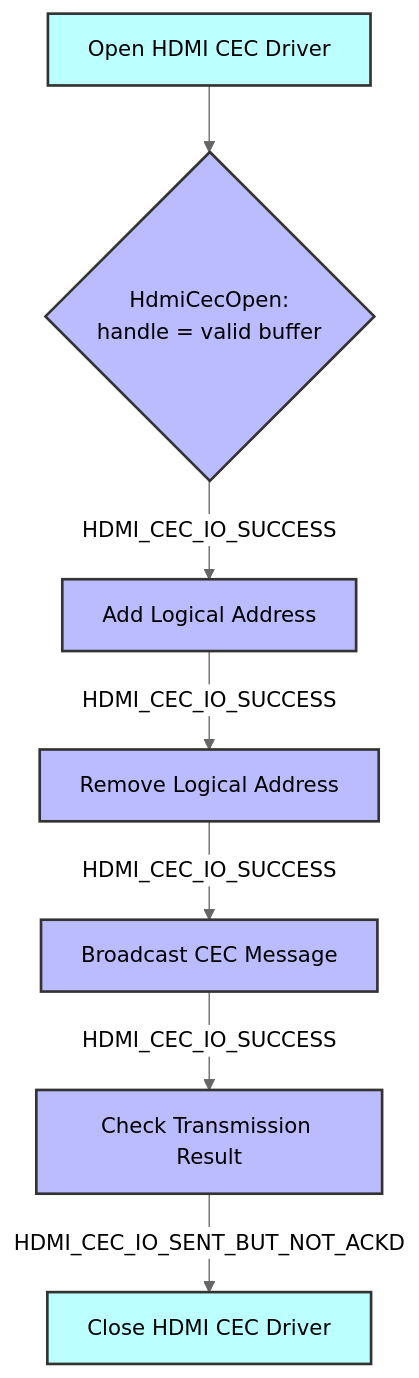
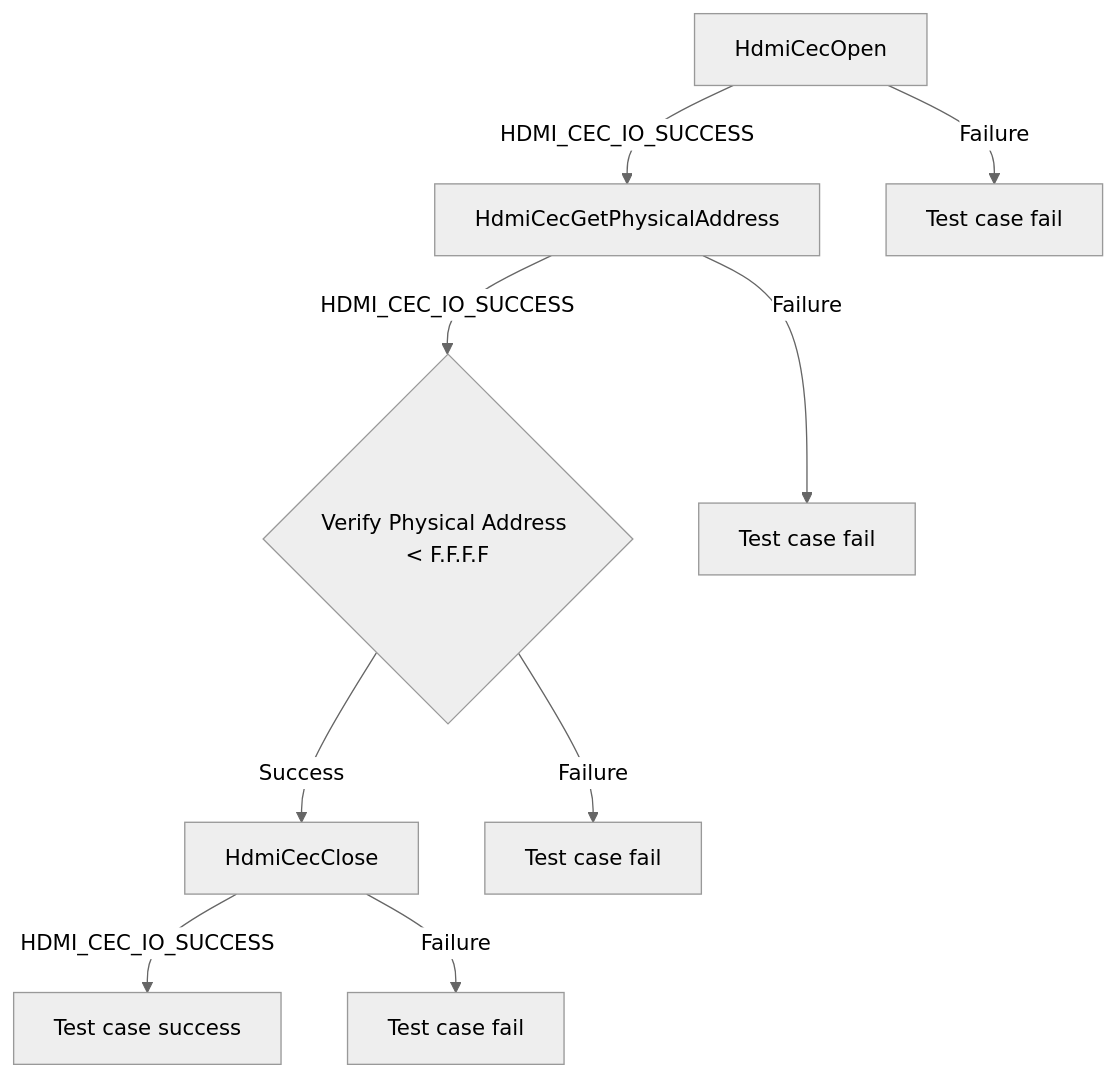
Before and after one commit to rdkcentral/rdk-halif-test-hdmi_cec: the fifth of 6 diagrams in docs/pages/hdmi-cec-sink_L2_Low-Level_TestSpec.md, drawn with Mermaid (neutral theme). The commit also changed other lines of this file, not shown here.

First line of the commit message:
gh #24 Update hdmi-cec-sink_L2_Low-Level_TestSpec.md

````diff
--- a/docs/pages/hdmi-cec-sink_L2_Low-Level_TestSpec.md
+++ b/docs/pages/hdmi-cec-sink_L2_Low-Level_TestSpec.md
@@ -220,17 +252,11 @@
 ```mermaid
-graph TD
-    style A fill:#bff,stroke:#333,stroke-width:2px
-    style B fill:#bbf,stroke:#333,stroke-width:2px
-    style C fill:#bbf,stroke:#333,stroke-width:2px
-    style D fill:#bbf,stroke:#333,stroke-width:2px
-    style E fill:#bbf,stroke:#333,stroke-width:2px
-    style F fill:#bbf,stroke:#333,stroke-width:2px
-    style G fill:#bff,stroke:#333,stroke-width:2px
-
-    A[Open HDMI CEC Driver] --> B{HdmiCecOpen:\n handle = valid buffer}
-    B -->|HDMI_CEC_IO_SUCCESS| C[Add Logical Address]
-    C -->|HDMI_CEC_IO_SUCCESS| D[Remove Logical Address]
-    D -->|HDMI_CEC_IO_SUCCESS| E[Broadcast CEC Message]
-    E -->|HDMI_CEC_IO_SUCCESS| F[Check Transmission Result]
-    F -->|HDMI_CEC_IO_SENT_BUT_NOT_ACKD| G[Close HDMI CEC Driver]
+graph TB
+A[HdmiCecOpen] -->|HDMI_CEC_IO_SUCCESS| B[HdmiCecGetPhysicalAddress]
+B -->|HDMI_CEC_IO_SUCCESS| C{Verify Physical Address < F.F.F.F}
+B -->|Failure| B1[Test case fail]
+C -->|Success| D[HdmiCecClose]
+C -->|Failure| C1[Test case fail]
+D -->|HDMI_CEC_IO_SUCCESS| E[Test case success]
+D -->|Failure| D1[Test case fail]
+A -->|Failure| A1[Test case fail]
 ```
````
